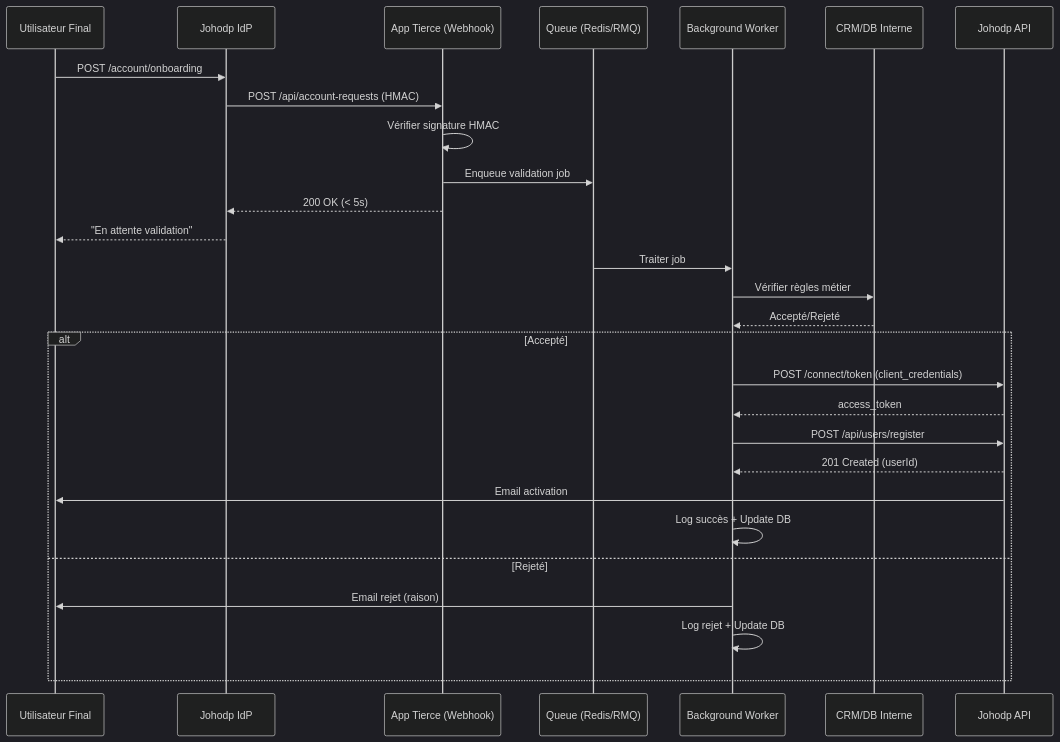
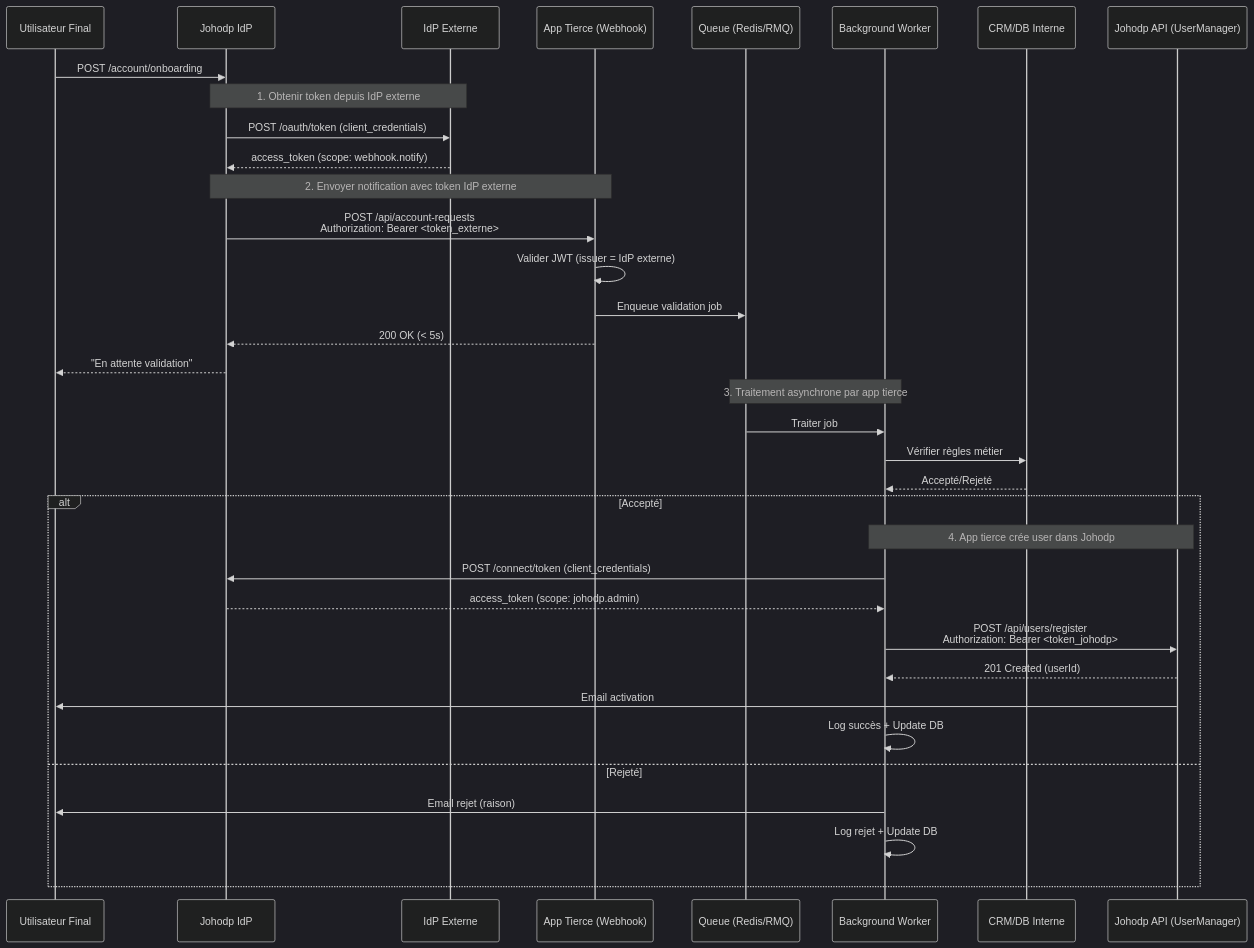
The first of 7 diagrams in USER_STORIES.md (FantasticJoho/johodp), drawn with Mermaid (dark theme) before and after one commit. The commit also changed other lines of this file, not shown here.

Commit message:
feat: Update webhook notification process to use external IdP for token retrieval and enhance error handling

````diff
--- a/USER_STORIES.md
+++ b/USER_STORIES.md
@@ -1571,33 +1612,42 @@
 ```mermaid
 sequenceDiagram
   participant U as Utilisateur Final
   participant Johodp as Johodp IdP
+  participant ExtIdP as IdP Externe
   participant Webhook as App Tierce (Webhook)
   participant Queue as Queue (Redis/RMQ)
   participant Worker as Background Worker
   participant CRM as CRM/DB Interne
-  participant JohodpAPI as Johodp API
+  participant JohodpAPI as Johodp API (UserManager)
   
   U->>Johodp: POST /account/onboarding
-  Johodp->>Webhook: POST /api/account-requests (HMAC)
-  Webhook->>Webhook: Vérifier signature HMAC
+  
+  Note over Johodp,ExtIdP: 1. Obtenir token depuis IdP externe
+  Johodp->>ExtIdP: POST /oauth/token (client_credentials)
+  ExtIdP-->>Johodp: access_token (scope: webhook.notify)
+  
+  Note over Johodp,Webhook: 2. Envoyer notification avec token IdP externe
+  Johodp->>Webhook: POST /api/account-requests<br/>Authorization: Bearer <token_externe>
+  Webhook->>Webhook: Valider JWT (issuer = IdP externe)
   Webhook->>Queue: Enqueue validation job
   Webhook-->>Johodp: 200 OK (< 5s)
   Johodp-->>U: "En attente validation"
   
+  Note over Queue,Worker: 3. Traitement asynchrone par app tierce
   Queue->>Worker: Traiter job
   Worker->>CRM: Vérifier règles métier
   CRM-->>Worker: Accepté/Rejeté
   
   alt Accepté
-    Worker->>JohodpAPI: POST /connect/token (client_credentials)
-    JohodpAPI-->>Worker: access_token
-    Worker->>JohodpAPI: POST /api/users/register
+    Note over Worker,JohodpAPI: 4. App tierce crée user dans Johodp
+    Worker->>Johodp: POST /connect/token (client_credentials)
+    Johodp-->>Worker: access_token (scope: johodp.admin)
+    Worker->>JohodpAPI: POST /api/users/register<br/>Authorization: Bearer <token_johodp>
     JohodpAPI-->>Worker: 201 Created (userId)
     JohodpAPI->>U: Email activation
     Worker->>Worker: Log succès + Update DB
   else Rejeté
     Worker->>U: Email rejet (raison)
     Worker->>Worker: Log rejet + Update DB
   end
 ```
````
